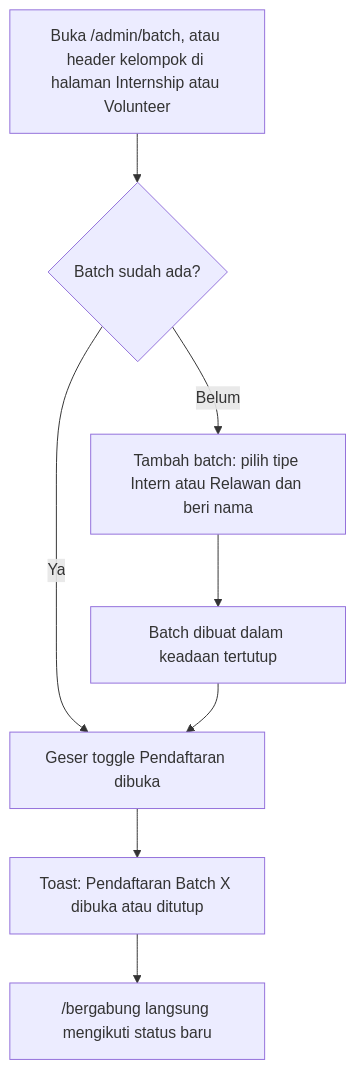
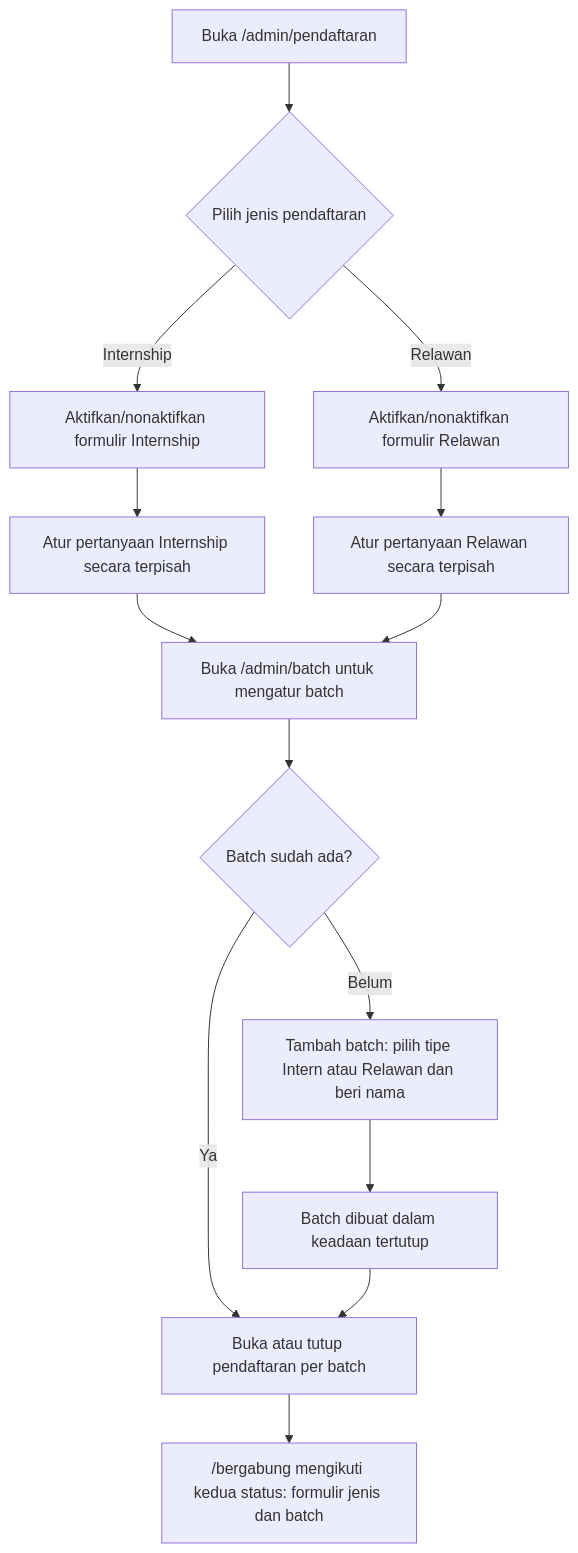
The seventh of 10 diagrams in docs/USERFLOW.md (zeovarince/Papua-future-project), drawn with Mermaid before and after one commit. The commit also changed other lines of this file and 30 other files, not shown here.

First line of the commit message:
feat: Implement application form settings and custom questions for Internship and Volunteer

````diff
--- a/docs/USERFLOW.md
+++ b/docs/USERFLOW.md
@@ -157,10 +162,16 @@
 ```mermaid
 flowchart TD
-  A["Buka /admin/batch, atau header kelompok di halaman Internship atau Volunteer"] --> B{"Batch sudah ada?"}
-  B -- "Belum" --> C["Tambah batch: pilih tipe Intern atau Relawan dan beri nama"]
-  C --> D["Batch dibuat dalam keadaan tertutup"]
-  B -- "Ya" --> E["Geser toggle Pendaftaran dibuka"]
-  D --> E
-  E --> F["Toast: Pendaftaran Batch X dibuka atau ditutup"]
-  F --> G["/bergabung langsung mengikuti status baru"]
+  A["Buka /admin/pendaftaran"] --> B{"Pilih jenis pendaftaran"}
+  B -- "Internship" --> C["Aktifkan/nonaktifkan formulir Internship"]
+  B -- "Relawan" --> D["Aktifkan/nonaktifkan formulir Relawan"]
+  C --> E["Atur pertanyaan Internship secara terpisah"]
+  D --> F["Atur pertanyaan Relawan secara terpisah"]
+  E --> G["Buka /admin/batch untuk mengatur batch"]
+  F --> G
+  G --> H{"Batch sudah ada?"}
+  H -- "Belum" --> I["Tambah batch: pilih tipe Intern atau Relawan dan beri nama"]
+  I --> J["Batch dibuat dalam keadaan tertutup"]
+  H -- "Ya" --> K["Buka atau tutup pendaftaran per batch"]
+  J --> K
+  K --> L["/bergabung mengikuti kedua status: formulir jenis dan batch"]
 ```
````
